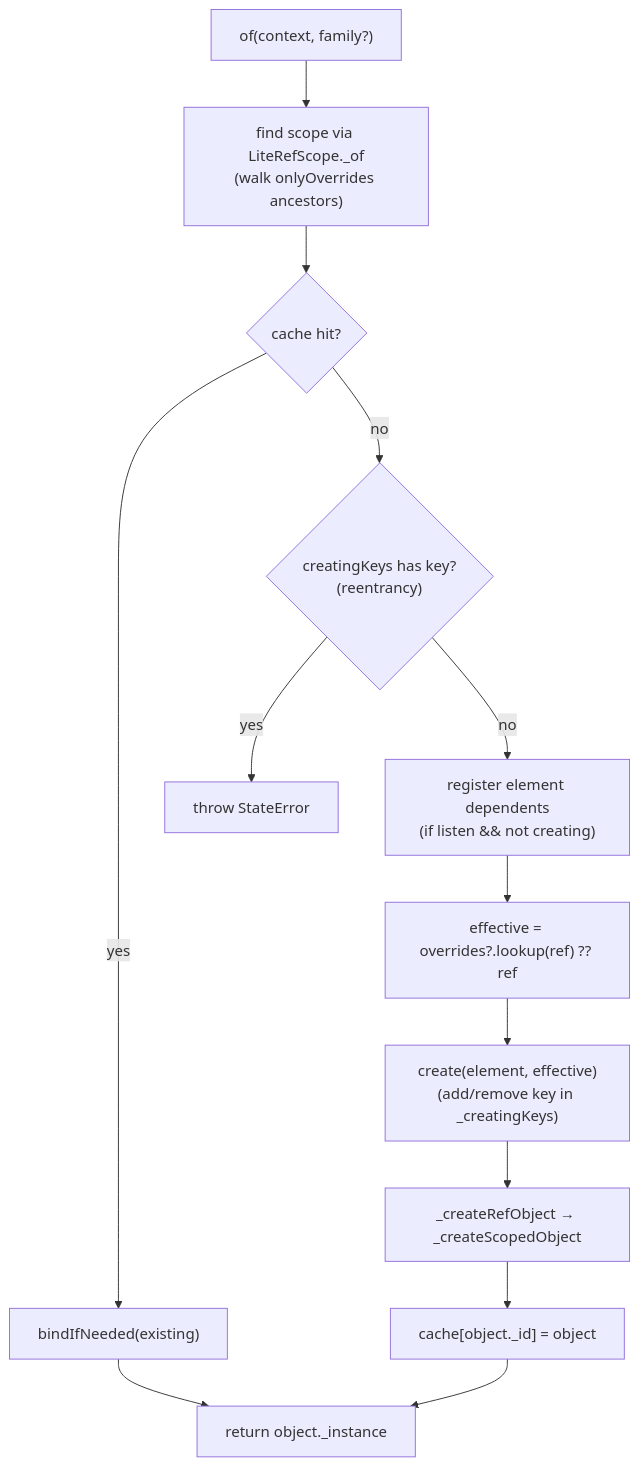
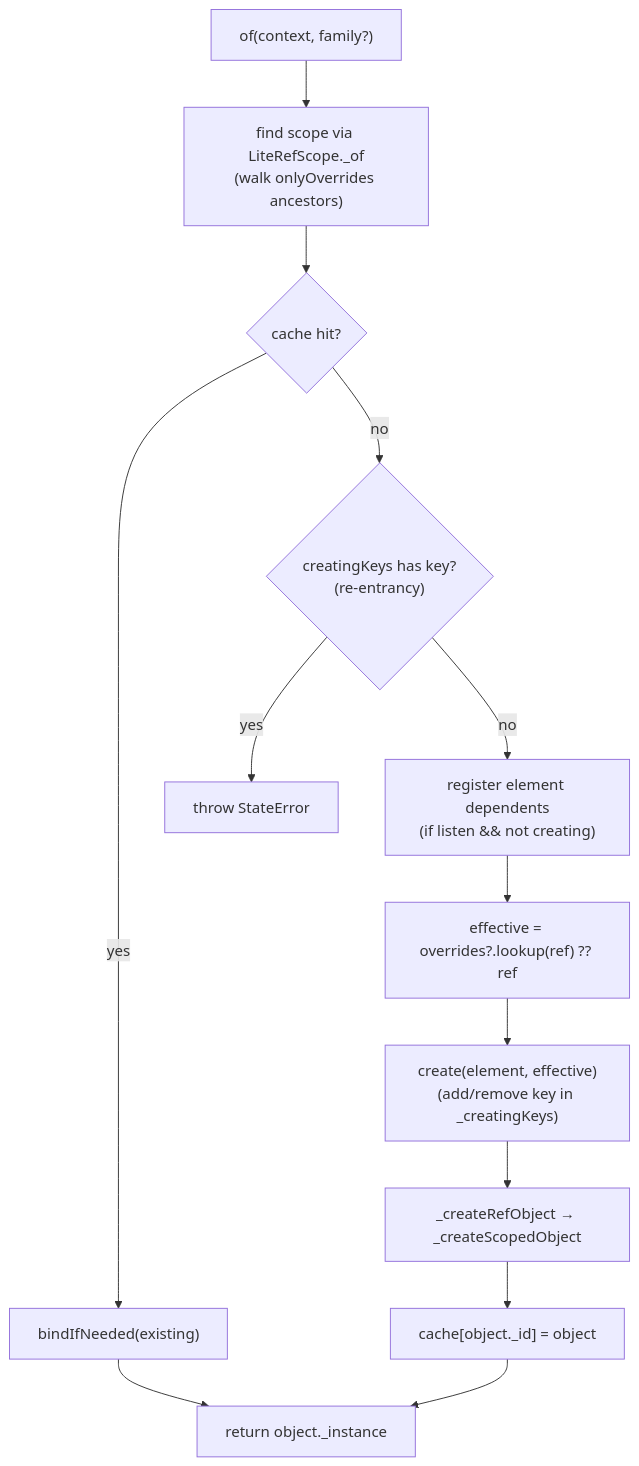
The second of 6 diagrams in ARCHITECTURE.md (zupat/lite_ref), drawn with Mermaid before and after one commit. The commit also changed other lines of this file and 4 other files, not shown here.

````diff
--- a/ARCHITECTURE.md
+++ b/ARCHITECTURE.md
@@ -101,15 +101,15 @@
 ```mermaid
 flowchart TD
     A["of(context, family?)"] --> B["find scope via LiteRefScope._of<br/>(walk onlyOverrides ancestors)"]
     B --> C{"cache hit?"}
     C -- yes --> D["bindIfNeeded(existing)"]
-    C -- no --> E{"creatingKeys has key?<br/>(reentrancy)"}
+    C -- no --> E{"creatingKeys has key?<br/>(re-entrancy)"}
     E -- yes --> F["throw StateError"]
     E -- no --> G["register element dependents<br/>(if listen && not creating)"]
     G --> H["effective = overrides?.lookup(ref) ?? ref"]
     H --> I["create(element, effective)<br/>(add/remove key in _creatingKeys)"]
     I --> J["_createRefObject → _createScopedObject"]
     J --> K["cache[object._id] = object"]
     D --> L["return object._instance"]
     K --> L
 ```
````
